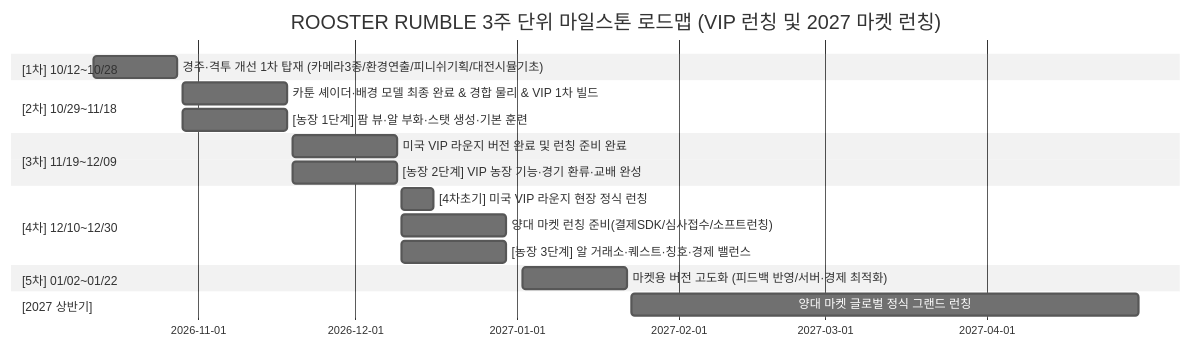
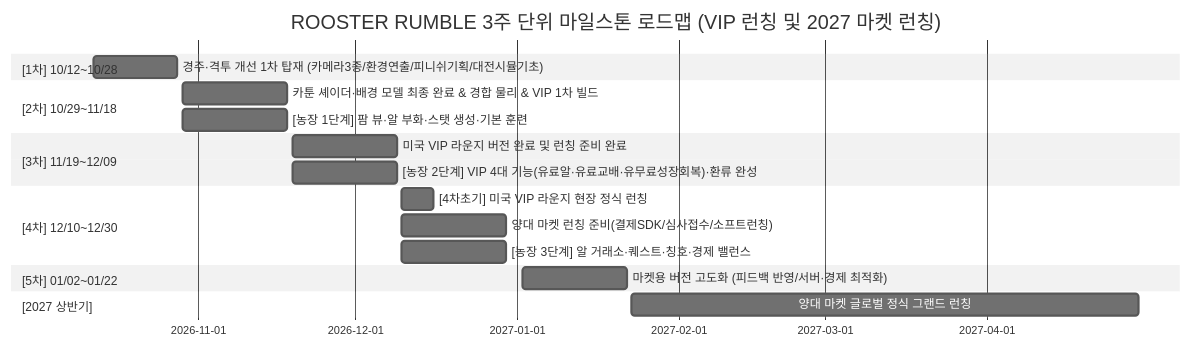
One commit to fingerfinger/rooster-rumble changed the first of 2 diagrams in ROOSTER_RUMBLE_경주_격투_개선_요소_및_마일스톤.md. Above: the diagram before and after it, drawn with Mermaid (neutral theme). The commit also changed other lines of this file and 73 other files, not shown here.

````diff
--- a/ROOSTER_RUMBLE_경주_격투_개선_요소_및_마일스톤.md
+++ b/ROOSTER_RUMBLE_경주_격투_개선_요소_및_마일스톤.md
@@ -193,21 +193,21 @@
 ```mermaid
 gantt
     title ROOSTER RUMBLE 3주 단위 마일스톤 로드맵 (VIP 런칭 및 2027 마켓 런칭)
     dateFormat  YYYY-MM-DD
     section [1차] 10/12~10/28
     경주·격투 개선 1차 탑재 (카메라3종/환경연출/피니쉬기획/대전시뮬기초) :m1, 2026-10-12, 2026-10-28
     section [2차] 10/29~11/18
     카툰 셰이더·배경 모델 최종 완료 & 경합 물리 & VIP 1차 빌드 :m2_race, 2026-10-29, 2026-11-18
     [농장 1단계] 팜 뷰·알 부화·스탯 생성·기본 훈련 :m2_farm, 2026-10-29, 2026-11-18
     section [3차] 11/19~12/09
     미국 VIP 라운지 버전 완료 및 런칭 준비 완료 :m3_vip, 2026-11-19, 2026-12-09
-    [농장 2단계] VIP 농장 기능·경기 환류·교배 완성 :m3_farm, 2026-11-19, 2026-12-09
+    [농장 2단계] VIP 4대 기능(유료알·유료교배·유무료성장회복)·환류 완성 :m3_farm, 2026-11-19, 2026-12-09
     section [4차] 12/10~12/30
     [4차초기] 미국 VIP 라운지 현장 정식 런칭 :m4_vip_launch, 2026-12-10, 2026-12-16
     양대 마켓 런칭 준비(결제SDK/심사접수/소프트런칭) :m4_mkt, 2026-12-10, 2026-12-30
     [농장 3단계] 알 거래소·퀘스트·칭호·경제 밸런스 :m4_farm, 2026-12-10, 2026-12-30
     section [5차] 01/02~01/22
     마켓용 버전 고도화 (피드백 반영/서버·경제 최적화) :m5_enhance, 2027-01-02, 2027-01-22
     section [2027 상반기]
     양대 마켓 글로벌 정식 그랜드 런칭 :m6_launch, 2027-01-23, 2027-04-30
 ```
````
